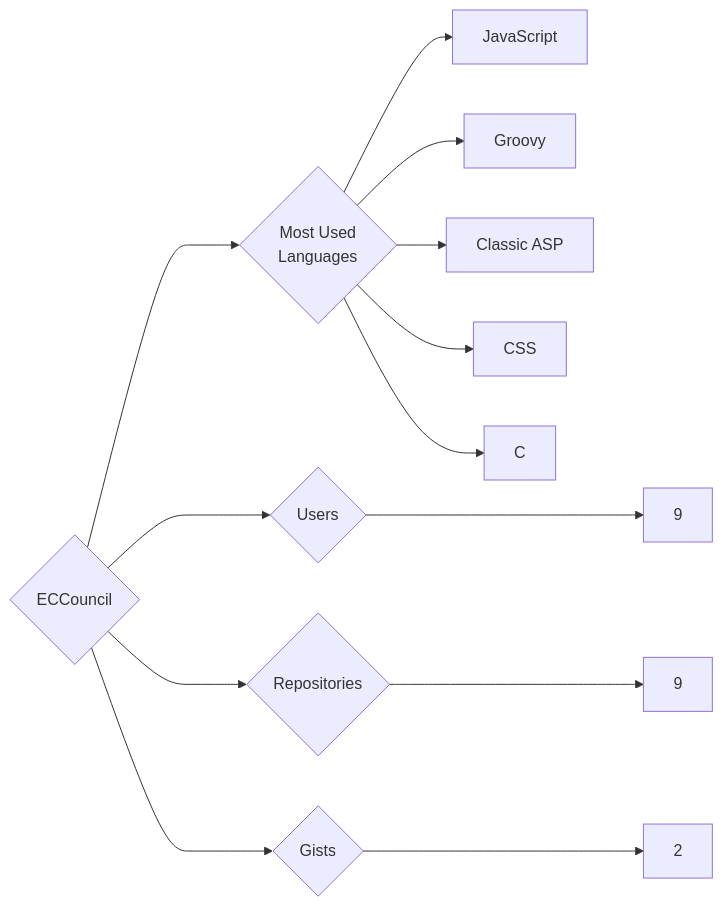
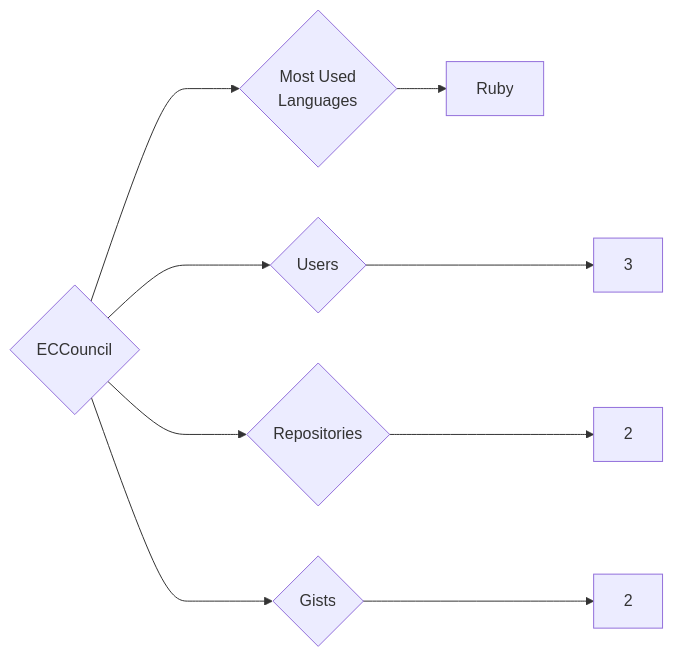
Before and after one commit to trickest/insiders: the diagram in targets/ECCouncil/README.md, drawn with Mermaid. The commit also changed 1007 other files, not shown here.

````diff
--- a/targets/ECCouncil/README.md
+++ b/targets/ECCouncil/README.md
@@ -3,13 +3,9 @@
 ```mermaid
 graph LR
 COMPANY_NAME{ECCouncil}
-COMPANY_NAME ---> U{Users} ---> UN[9]
-COMPANY_NAME ---> R{Repositories} ---> RN[9]
+COMPANY_NAME ---> U{Users} ---> UN[3]
+COMPANY_NAME ---> R{Repositories} ---> RN[2]
 COMPANY_NAME ---> G{Gists} ---> GN[2]
 COMPANY_NAME ---> ML{Most Used<br>Languages}
-ML --> JavaScript[JavaScript]
-ML --> Groovy[Groovy]
-ML --> Classic_ASP[Classic ASP]
-ML --> CSS[CSS]
-ML --> C[C]
+ML --> Ruby[Ruby]
 ```
````
